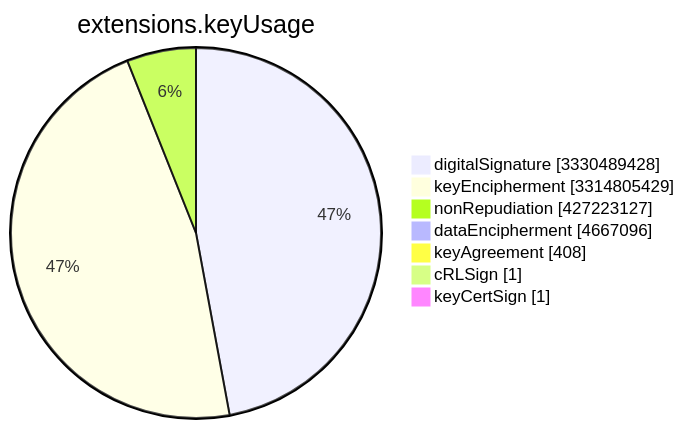
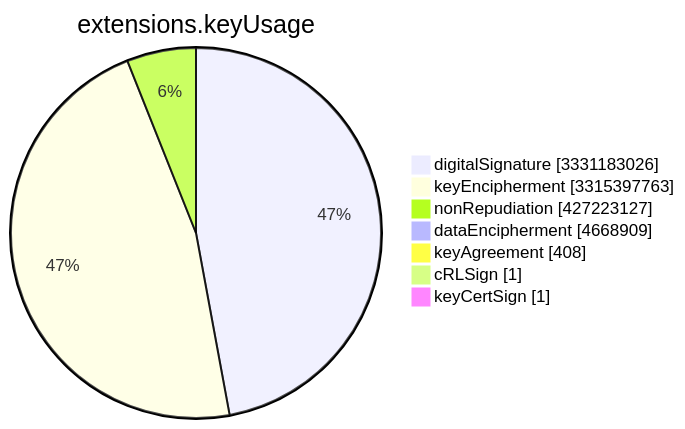
One commit to christiankrug/ctmonitor_visualization changed the sixth of 15 diagrams in TOTAL/README.md. Above: the diagram before and after it, drawn with Mermaid. The commit also changed other lines of this file, not shown here.

````diff
--- a/TOTAL/README.md
+++ b/TOTAL/README.md
@@ -3078,11 +3078,11 @@
 ```mermaid
 pie showData
 title extensions.keyUsage
-"digitalSignature" :3330489428
-"keyEncipherment" :3314805429
+"digitalSignature" :3331183026
+"keyEncipherment" :3315397763
 "nonRepudiation" :427223127
-"dataEncipherment" :4667096
+"dataEncipherment" :4668909
 "keyAgreement" :408
 "cRLSign" :1
 "keyCertSign" :1
 ```
````
